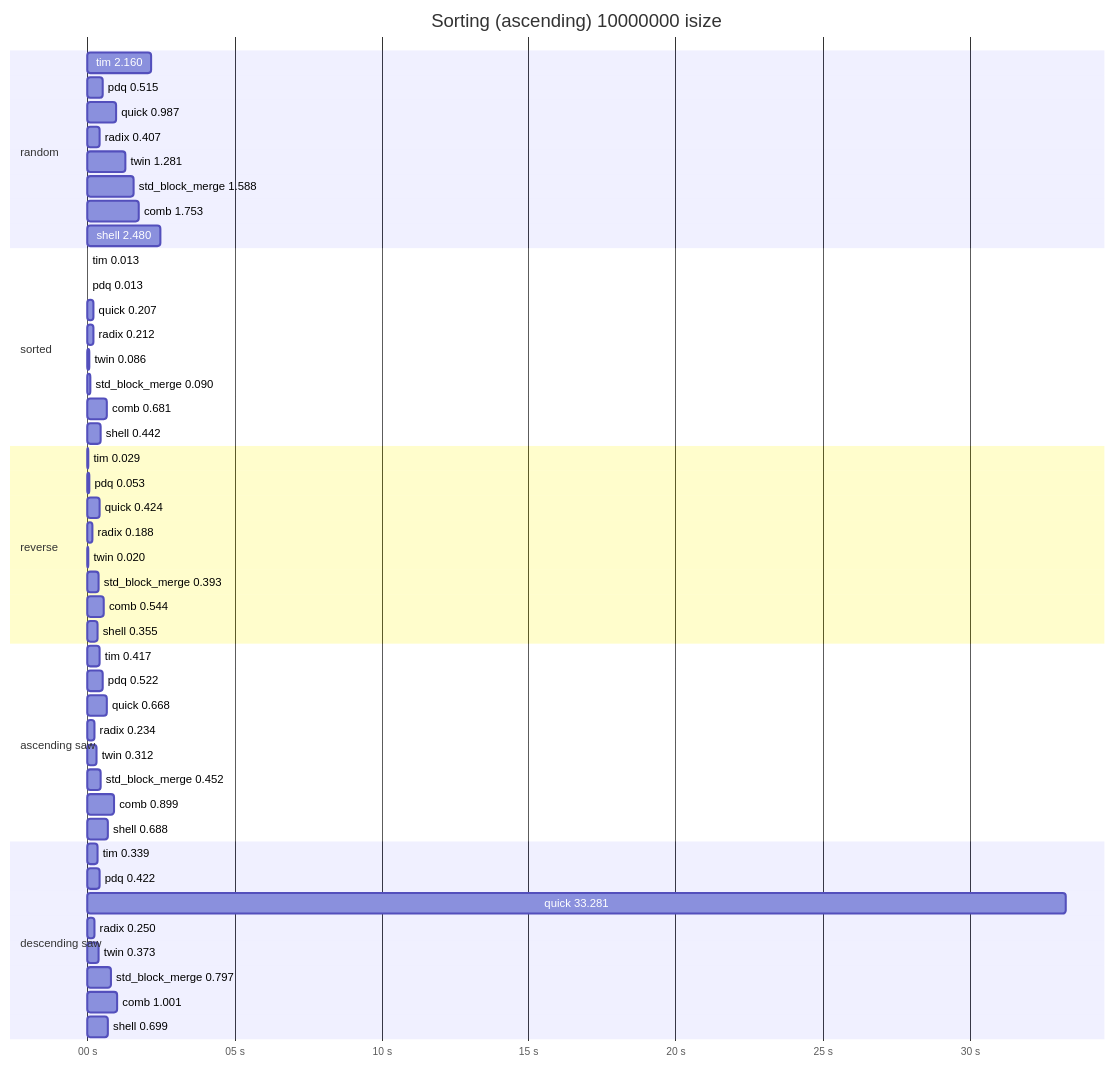
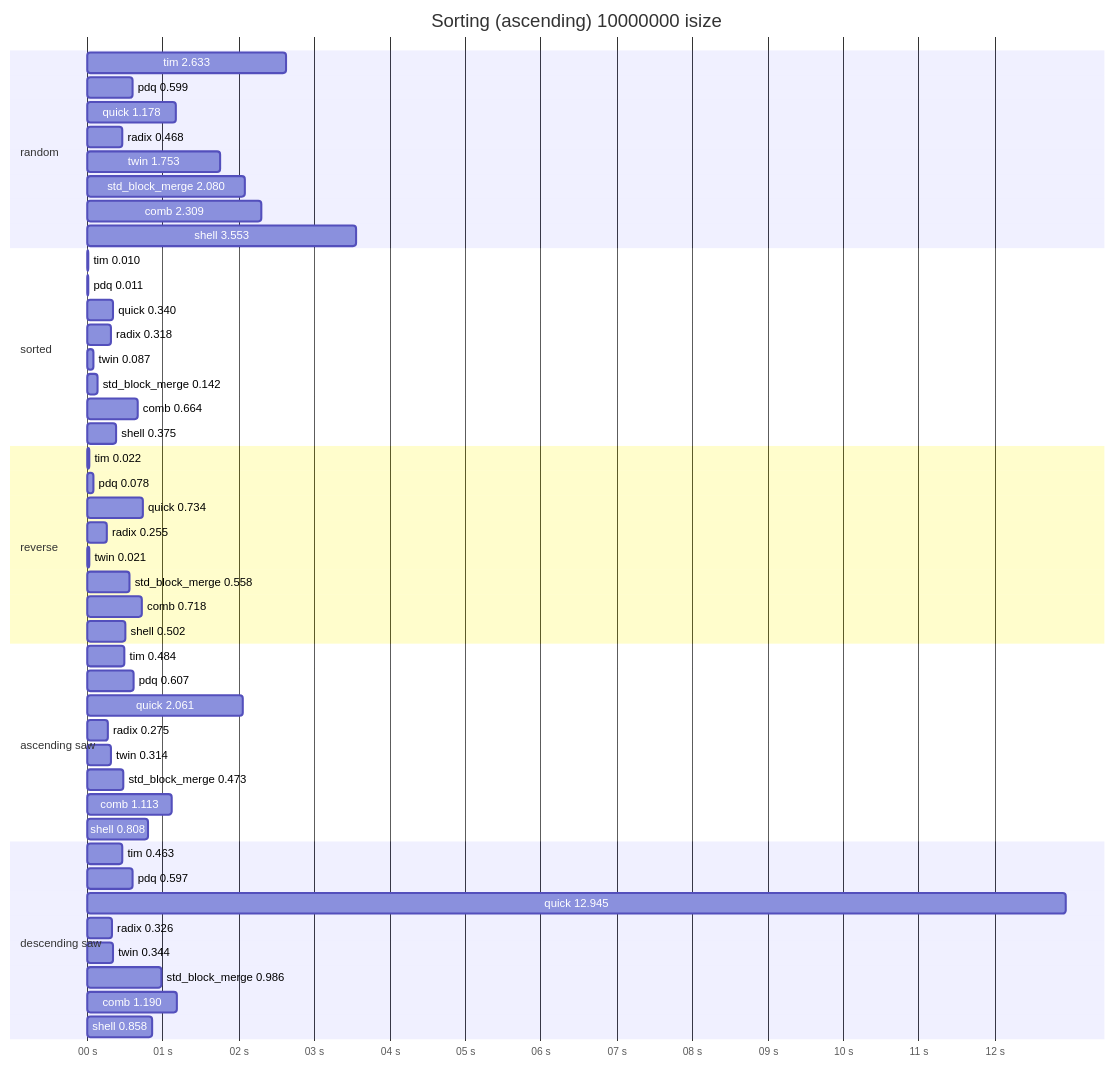
Before and after one commit to alichraghi/zort: the second of 2 diagrams in README.md, drawn with Mermaid. The commit also changed other lines of this file and 2 other files, not shown here.

Commit message:
update benchmark results

````diff
--- a/README.md
+++ b/README.md
@@ -99,51 +99,51 @@
 ```mermaid
 gantt
     title Sorting (ascending) 10000000 isize
     dateFormat x
     axisFormat %S s
     section random
-    tim 2.160: 0,2160
-    pdq 0.515: 0,515
-    quick 0.987: 0,987
-    radix 0.407: 0,407
-    twin 1.281: 0,1281
-    std_block_merge 1.588: 0,1588
-    comb 1.753: 0,1753
-    shell 2.480: 0,2481
+    tim 2.633: 0,2631
+    pdq 0.599: 0,599
+    quick 1.178: 0,1178
+    radix 0.468: 0,468
+    twin 1.753: 0,1753
+    std_block_merge 2.080: 0,2079
+    comb 2.309: 0,2309
+    shell 3.553: 0,3553
     section sorted
-    tim 0.013: 0,13
-    pdq 0.013: 0,13
-    quick 0.207: 0,207
-    radix 0.212: 0,212
-    twin 0.086: 0,86
-    std_block_merge 0.090: 0,90
-    comb 0.681: 0,681
-    shell 0.442: 0,442
+    tim 0.010: 0,10
+    pdq 0.011: 0,11
+    quick 0.340: 0,340
+    radix 0.318: 0,318
+    twin 0.087: 0,87
+    std_block_merge 0.142: 0,142
+    comb 0.664: 0,664
+    shell 0.375: 0,375
     section reverse
-    tim 0.029: 0,29
-    pdq 0.053: 0,53
-    quick 0.424: 0,424
-    radix 0.188: 0,188
-    twin 0.020: 0,20
-    std_block_merge 0.393: 0,393
-    comb 0.544: 0,544
-    shell 0.355: 0,355
+    tim 0.022: 0,22
+    pdq 0.078: 0,78
+    quick 0.734: 0,734
+    radix 0.255: 0,255
+    twin 0.021: 0,21
+    std_block_merge 0.558: 0,558
+    comb 0.718: 0,718
+    shell 0.502: 0,502
     section ascending saw
-    tim 0.417: 0,417
-    pdq 0.522: 0,522
-    quick 0.668: 0,668
-    radix 0.234: 0,234
-    twin 0.312: 0,312
-    std_block_merge 0.452: 0,452
-    comb 0.899: 0,899
-    shell 0.688: 0,688
+    tim 0.484: 0,484
+    pdq 0.607: 0,607
+    quick 2.061: 0,2059
+    radix 0.275: 0,275
+    twin 0.314: 0,314
+    std_block_merge 0.473: 0,473
+    comb 1.113: 0,1113
+    shell 0.808: 0,808
     section descending saw
-    tim 0.339: 0,339
-    pdq 0.422: 0,422
-    quick 33.281: 0,33269
-    radix 0.250: 0,250
-    twin 0.373: 0,373
-    std_block_merge 0.797: 0,797
-    comb 1.001: 0,1001
-    shell 0.699: 0,699
+    tim 0.463: 0,463
+    pdq 0.597: 0,597
+    quick 12.945: 0,12943
+    radix 0.326: 0,326
+    twin 0.344: 0,344
+    std_block_merge 0.986: 0,986
+    comb 1.190: 0,1190
+    shell 0.858: 0,858
 ```
````
